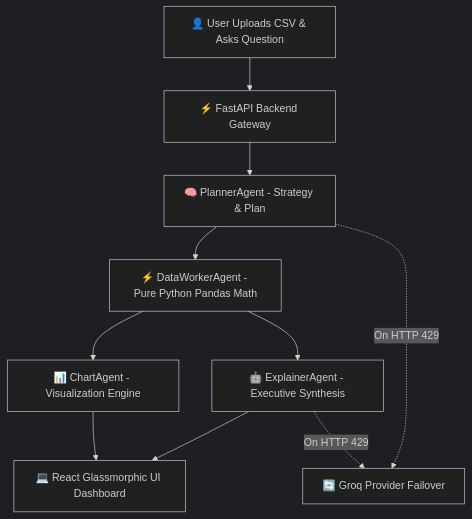
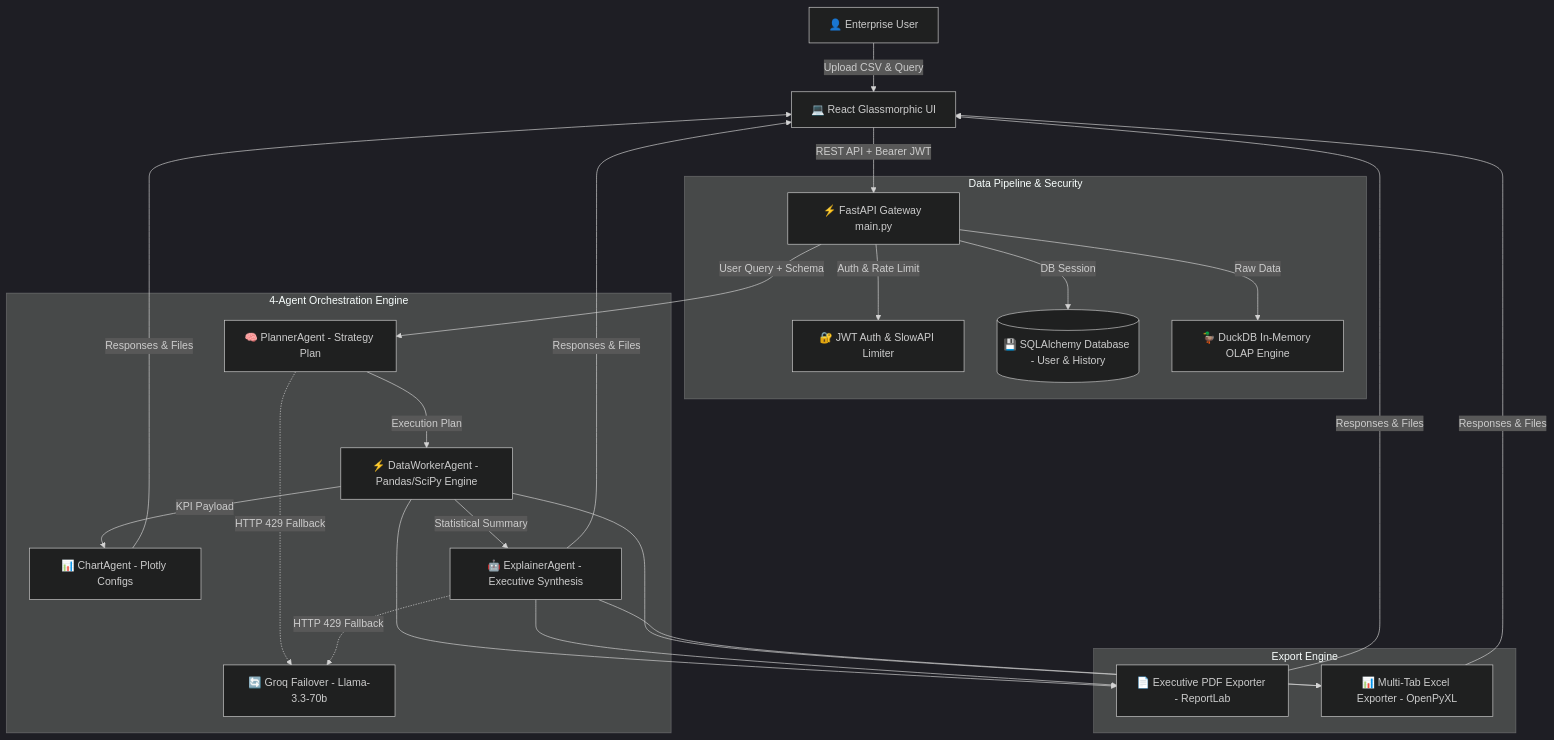
One commit to MuneebMalik244535/AI_Dashboard_Analyzer changed the diagram in README.md. Above: the diagram before and after it, drawn with Mermaid (dark theme). The commit also changed other lines of this file, not shown here.

Commit message:
docs(readme): expand platform documentation with enterprise architecture diagrams, API specs, and deployment instructions

````diff
--- a/README.md
+++ b/README.md
@@ -34,13 +43,28 @@
 ```mermaid
 flowchart TD
-    USER[👤 User Uploads CSV & Asks Question] --> FASTAPI[⚡ FastAPI Backend Gateway]
-    FASTAPI --> PLANNER[🧠 PlannerAgent - Strategy & Plan]
-    PLANNER --> WORKER[⚡ DataWorkerAgent - Pure Python Pandas Math]
-    WORKER --> CHART[📊 ChartAgent - Visualization Engine]
-    WORKER --> EXPLAINER[🤖 ExplainerAgent - Executive Synthesis]
-    CHART & EXPLAINER --> FRONTEND[💻 React Glassmorphic UI Dashboard]
+    USER[👤 Enterprise User] -->|Upload CSV & Query| UI[💻 React Glassmorphic UI]
+    UI -->|REST API + Bearer JWT| FASTAPI[⚡ FastAPI Gateway main.py]
+    
+    subgraph Data Pipeline & Security
+        FASTAPI -->|Auth & Rate Limit| AUTH[🔐 JWT Auth & SlowAPI Limiter]
+        FASTAPI -->|DB Session| DB[(💾 SQLAlchemy Database - User & History)]
+        FASTAPI -->|Raw Data| DUCKDB[🦆 DuckDB In-Memory OLAP Engine]
+    end
 
-    %% Failover
-    PLANNER -.->|On HTTP 429| GROQ[🔄 Groq Provider Failover]
-    EXPLAINER -.->|On HTTP 429| GROQ
+    subgraph 4-Agent Orchestration Engine
+        FASTAPI -->|User Query + Schema| PLANNER[🧠 PlannerAgent - Strategy Plan]
+        PLANNER -.->|HTTP 429 Fallback| GROQ[🔄 Groq Failover - Llama-3.3-70b]
+        PLANNER -->|Execution Plan| WORKER[⚡ DataWorkerAgent - Pandas/SciPy Engine]
+        
+        WORKER -->|KPI Payload| CHART[📊 ChartAgent - Plotly Configs]
+        WORKER -->|Statistical Summary| EXPLAINER[🤖 ExplainerAgent - Executive Synthesis]
+        EXPLAINER -.->|HTTP 429 Fallback| GROQ
+    end
+
+    subgraph Export Engine
+        WORKER & EXPLAINER --> PDF[📄 Executive PDF Exporter - ReportLab]
+        WORKER & EXPLAINER --> EXCEL[📊 Multi-Tab Excel Exporter - OpenPyXL]
+    end
+
+    CHART & EXPLAINER & PDF & EXCEL -->|Responses & Files| UI
 ```
````
